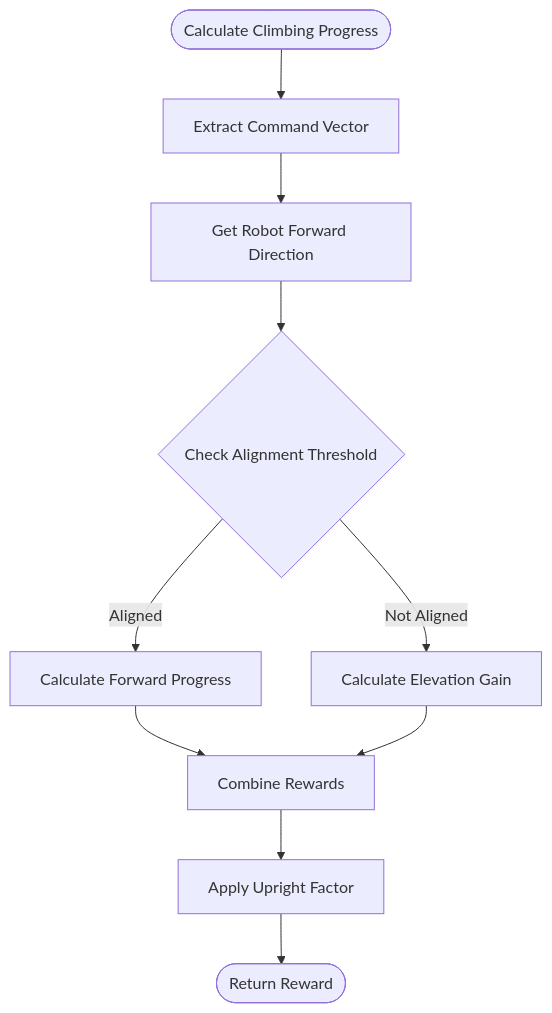
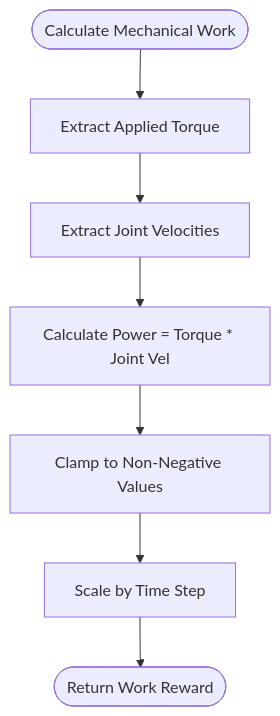
One commit to jayjayhust/robot_lab changed the ninth of 11 diagrams in .qoder/repowiki/en/content/Task Configuration Framework/Velocity-Based Locomotion Tasks/Parkour Navigation System.md. Above: the diagram before and after it, drawn with Mermaid. The commit also changed other lines of this file and 17 other files, not shown here.

````diff
--- a/.qoder/repowiki/en/content/Task Configuration Framework/Velocity-Based Locomotion Tasks/Parkour Navigation System.md
+++ b/.qoder/repowiki/en/content/Task Configuration Framework/Velocity-Based Locomotion Tasks/Parkour Navigation System.md
@@ -286,12 +445,9 @@
 ```mermaid
 flowchart TD
-Start([Calculate Climbing Progress]) --> GetCommand[Extract Command Vector]
-GetCommand --> GetRobotDir[Get Robot Forward Direction]
-GetRobotDir --> CheckAlignment{Check Alignment Threshold}
-CheckAlignment --> |Aligned| CalcForward[Calculate Forward Progress]
-CheckAlignment --> |Not Aligned| CalcElevation[Calculate Elevation Gain]
-CalcForward --> CalcReward[Combine Rewards]
-CalcElevation --> CalcReward
-CalcReward --> ApplyUpright[Apply Upright Factor]
-ApplyUpright --> End([Return Reward])
+Start([Calculate Mechanical Work]) --> GetTorque[Extract Applied Torque]
+GetTorque --> GetJointVel[Extract Joint Velocities]
+GetJointVel --> CalcPower[Calculate Power = Torque * Joint Vel]
+CalcPower --> ClampPower[Clamp to Non-Negative Values]
+ClampPower --> ScalePower[Scale by Time Step]
+ScalePower --> End([Return Work Reward])
 ```
````
